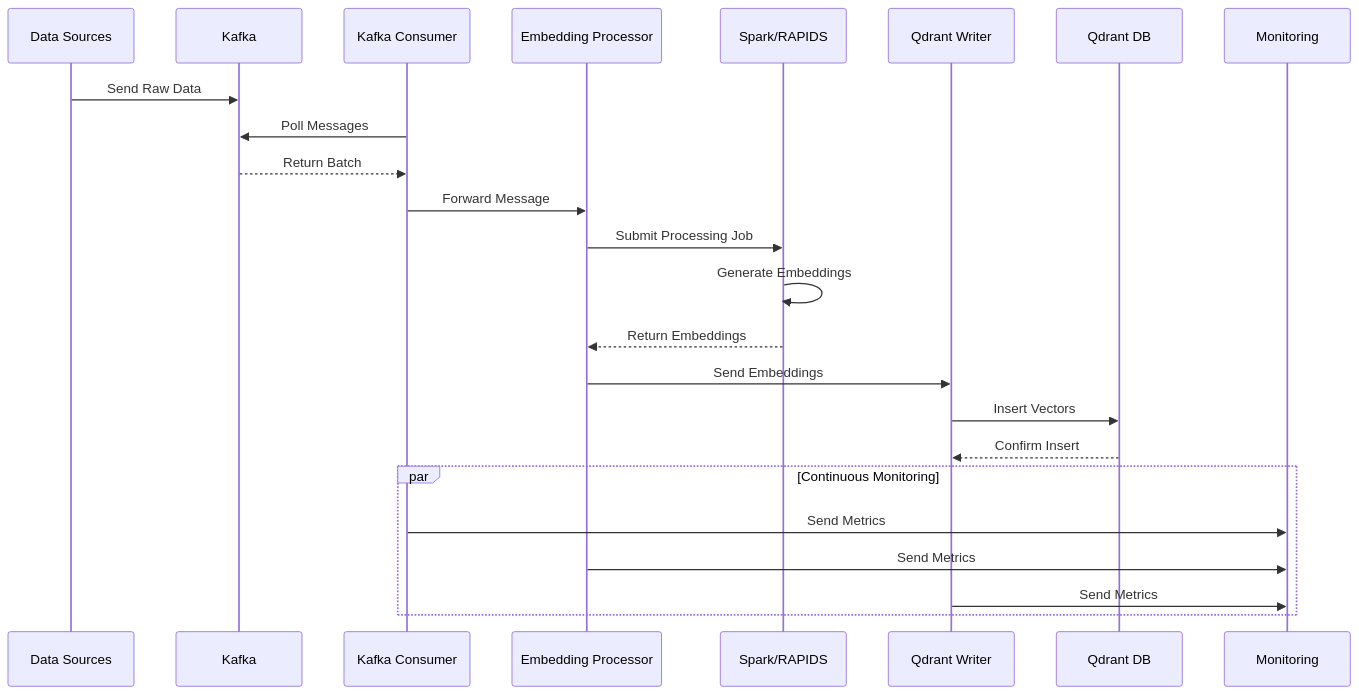
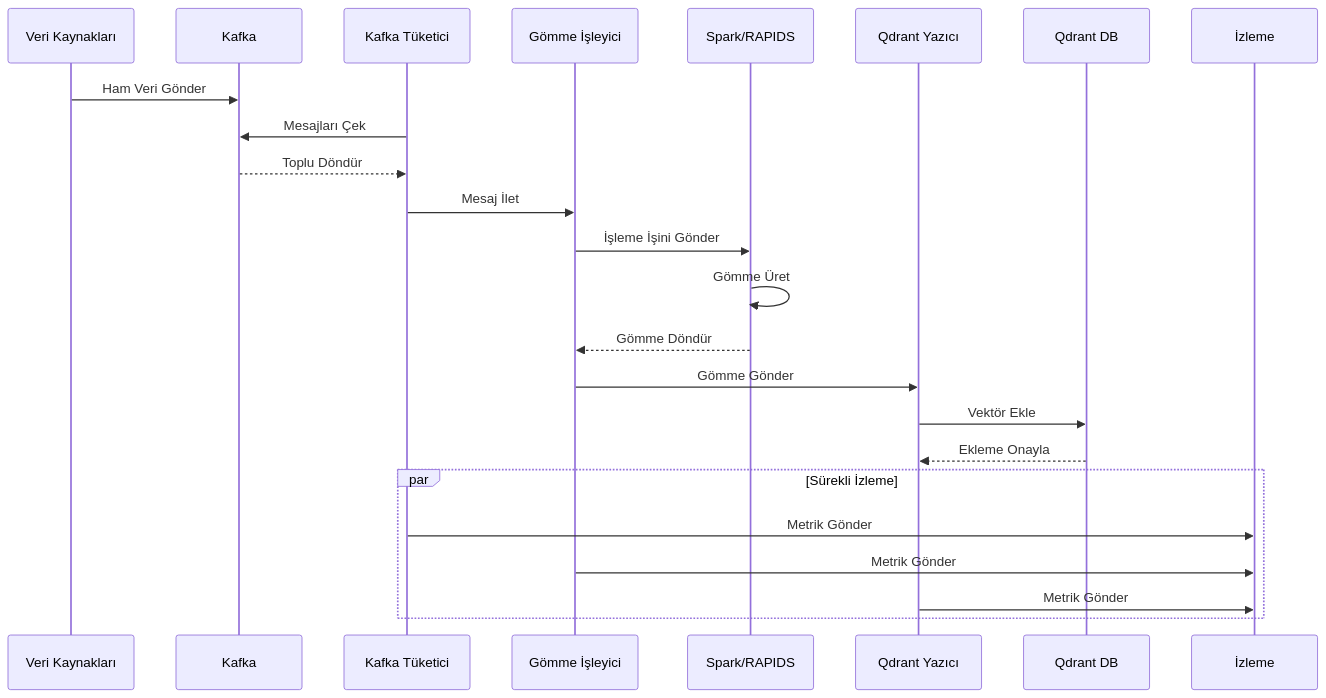
One commit to ahmetk3436/VectorStream changed the second of 2 diagrams in README.md. Above: the diagram before and after it, drawn with Mermaid. The commit also changed other lines of this file and 6 other files, not shown here.

First line of the commit message:
docs: update command instructions and architecture docs

````diff
--- a/README.md
+++ b/README.md
@@ -116,28 +111,28 @@
 ```mermaid
 sequenceDiagram
-    participant DS as Data Sources
+    participant DS as Veri Kaynakları
     participant K as Kafka
-    participant KC as Kafka Consumer
-    participant EP as Embedding Processor
+    participant KC as Kafka Tüketici
+    participant EP as Gömme İşleyici
     participant S as Spark/RAPIDS
-    participant QW as Qdrant Writer
+    participant QW as Qdrant Yazıcı
     participant Q as Qdrant DB
-    participant M as Monitoring
+    participant M as İzleme
     
-    DS->>K: Send Raw Data
-    KC->>K: Poll Messages
-    K-->>KC: Return Batch
-    KC->>EP: Forward Message
-    EP->>S: Submit Processing Job
-    S->>S: Generate Embeddings
-    S-->>EP: Return Embeddings
-    EP->>QW: Send Embeddings
-    QW->>Q: Insert Vectors
-    Q-->>QW: Confirm Insert
+    DS->>K: Ham Veri Gönder
+    KC->>K: Mesajları Çek
+    K-->>KC: Toplu Döndür
+    KC->>EP: Mesaj İlet
+    EP->>S: İşleme İşini Gönder
+    S->>S: Gömme Üret
+    S-->>EP: Gömme Döndür
+    EP->>QW: Gömme Gönder
+    QW->>Q: Vektör Ekle
+    Q-->>QW: Ekleme Onayla
     
-    par Continuous Monitoring
-        KC->>M: Send Metrics
-        EP->>M: Send Metrics
-        QW->>M: Send Metrics
+    par Sürekli İzleme
+        KC->>M: Metrik Gönder
+        EP->>M: Metrik Gönder
+        QW->>M: Metrik Gönder
     end
 ```
````
